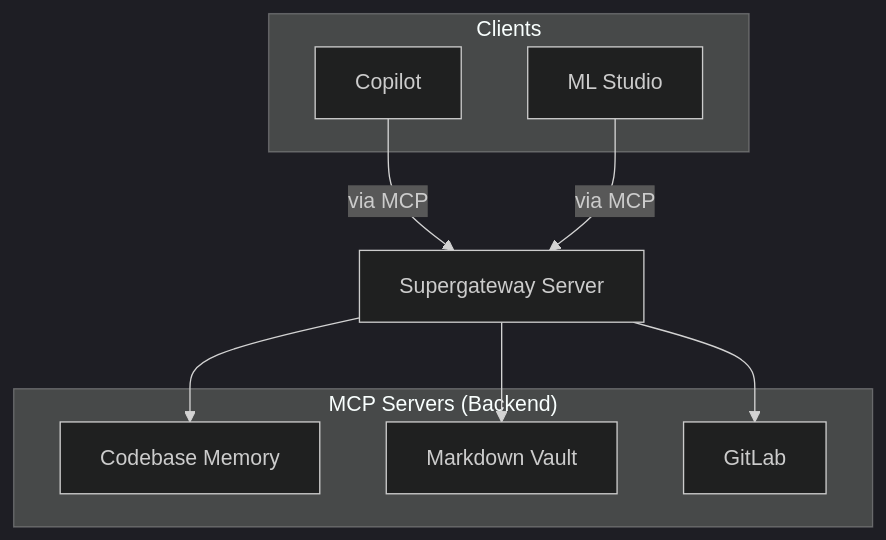
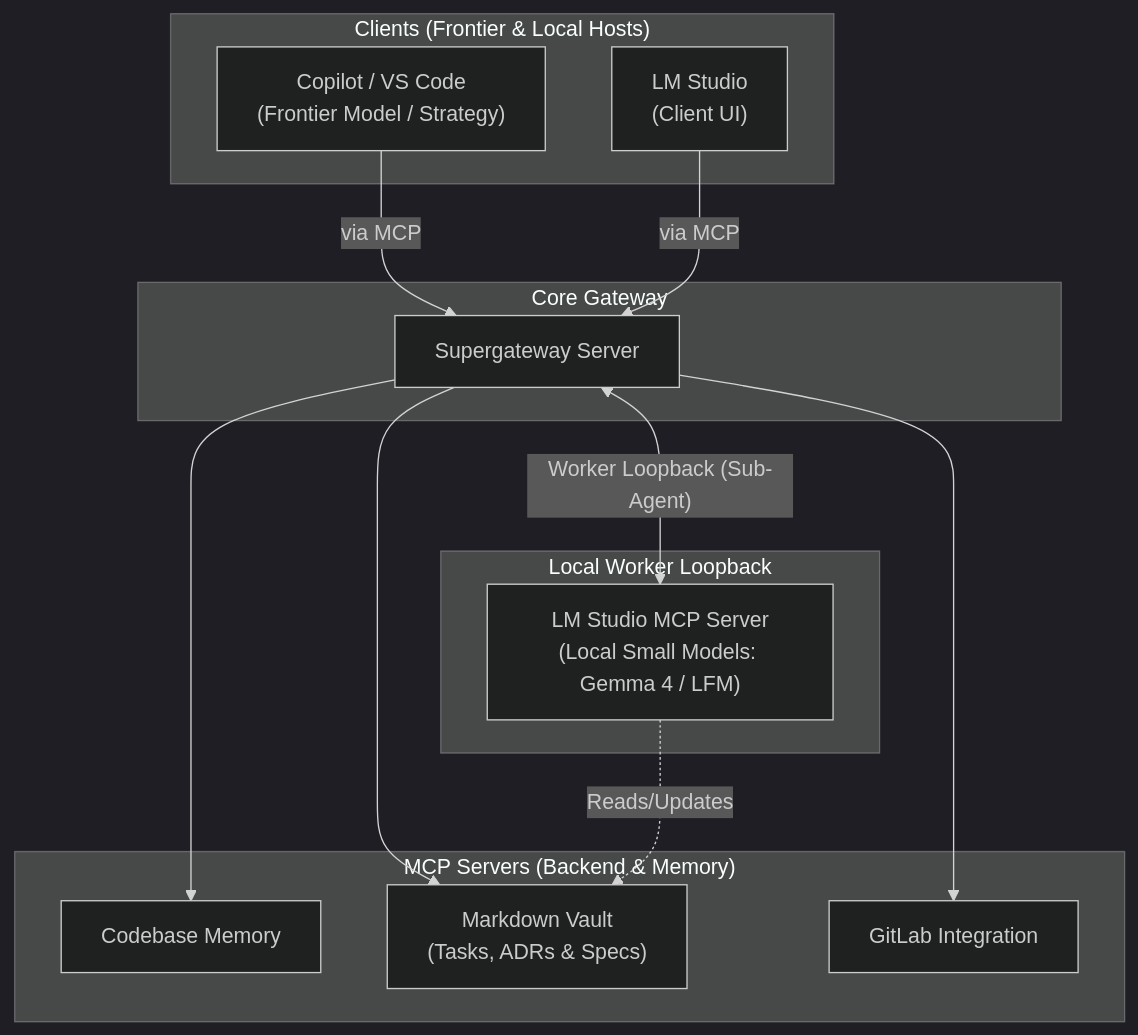
Before and after one commit to Flexi23/vscode-mcp-supergateway: the diagram in README.md, drawn with Mermaid (dark theme). The commit also changed other lines of this file, not shown here.

````diff
--- a/README.md
+++ b/README.md
@@ -65,21 +5,34 @@
 ```mermaid
 graph TD
-    subgraph "Clients"
-        Copilot[Copilot]
-        ML[ML Studio]
+    subgraph Clients["Clients (Frontier & Local Hosts)"]
+        Copilot["Copilot / VS Code<br/>(Frontier Model / Strategy)"]
+        LMStudio_Host["LM Studio<br/>(Client UI)"]
     end
 
-    Gateway[Supergateway Server]
-
-    subgraph "MCP Servers (Backend)"
-        S1[Codebase Memory]
-        S2[Markdown Vault]
-        SN[GitLab]
+    subgraph Gateway["Core Gateway"]
+        Supergateway["Supergateway Server"]
     end
 
-    Copilot -->|via MCP| Gateway
-    ML -->|via MCP| Gateway
-    Gateway --> S1
-    Gateway --> S2
-    Gateway --> SN
+    subgraph Loopback["Local Worker Loopback"]
+        LMStudio_Worker["LM Studio MCP Server<br/>(Local Small Models: Gemma 4 / LFM)"]
+    end
+
+    subgraph Backends["MCP Servers (Backend & Memory)"]
+        CodebaseMemory["Codebase Memory"]
+        MarkdownVault["Markdown Vault<br/>(Tasks, ADRs & Specs)"]
+        GitLab["GitLab Integration"]
+    end
+
+    %% Client connections to Gateway
+    Copilot -- "via MCP" --> Supergateway
+    LMStudio_Host -- "via MCP" --> Supergateway
+
+    %% Gateway routes to Backends and Loopback Worker
+    Supergateway --> CodebaseMemory
+    Supergateway --> MarkdownVault
+    Supergateway --> GitLab
+    
+    %% Loopback Worker Execution
+    Supergateway <-->|"Worker Loopback (Sub-Agent)"| LMStudio_Worker
+    LMStudio_Worker -. "Reads/Updates" .-> MarkdownVault
 ```
````
